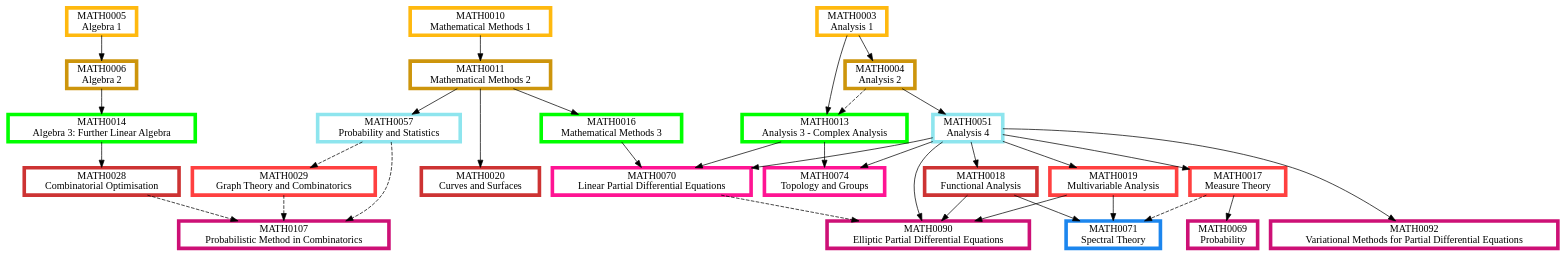
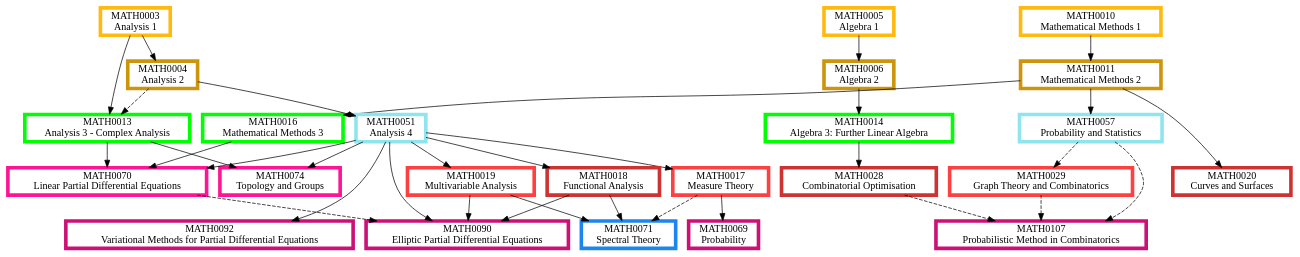
The diagram in Analysis.dot (matthew-towers/pathways), drawn with Graphviz before and after one commit. The commit also changed other lines of this file and 11 other files, not shown here.

```diff
--- a/Analysis.dot
+++ b/Analysis.dot
@@ -1,110 +1,110 @@
 digraph {
 	node [fillcolor=white penwidth=5 shape=box style="filled,bold"]
 	subgraph "1.0 1" {
 		rank=same
+		MATH0003 [label="MATH0003
+Analysis 1" color=darkgoldenrod1 href="https://www.ucl.ac.uk/mathematical-physical-sciences/sites/mathematical_physical_sciences/files/math0003.pdf" tooltip="Year 1, term 1"]
 		MATH0010 [label="MATH0010
 Mathematical Methods 1" color=darkgoldenrod1 href="https://www.ucl.ac.uk/mathematical-physical-sciences/sites/mathematical_physical_sciences/files/math0010.pdf" tooltip="Year 1, term 1"]
-		MATH0003 [label="MATH0003
-Analysis 1" color=darkgoldenrod1 href="https://www.ucl.ac.uk/mathematical-physical-sciences/sites/mathematical_physical_sciences/files/math0003.pdf" tooltip="Year 1, term 1"]
 		MATH0005 [label="MATH0005
 Algebra 1" color=darkgoldenrod1 href="https://www.ucl.ac.uk/mathematical-physical-sciences/sites/mathematical_physical_sciences/files/math0005.pdf" tooltip="Year 1, term 1"]
 	}
 	MATH0010 -> MATH0011 [tooltip="required prerequisite"]
+	MATH0005 -> MATH0006 [tooltip="required prerequisite"]
 	MATH0003 -> MATH0004 [tooltip="required prerequisite"]
-	MATH0005 -> MATH0006 [tooltip="required prerequisite"]
 	subgraph "1.0 2" {
 		rank=same
 		MATH0011 [label="MATH0011
 Mathematical Methods 2" color=darkgoldenrod3 href="https://www.ucl.ac.uk/mathematical-physical-sciences/sites/mathematical_physical_sciences/files/math0011_2.pdf" tooltip="Year 1, term 2"]
+		MATH0006 [label="MATH0006
+Algebra 2" color=darkgoldenrod3 href="https://www.ucl.ac.uk/mathematical-physical-sciences/sites/mathematical_physical_sciences/files/math0006.pdf" tooltip="Year 1, term 2"]
 		MATH0004 [label="MATH0004
 Analysis 2" color=darkgoldenrod3 href="https://www.ucl.ac.uk/mathematical-physical-sciences/sites/mathematical_physical_sciences/files/math0004.pdf" tooltip="Year 1, term 2"]
-		MATH0006 [label="MATH0006
-Algebra 2" color=darkgoldenrod3 href="https://www.ucl.ac.uk/mathematical-physical-sciences/sites/mathematical_physical_sciences/files/math0006.pdf" tooltip="Year 1, term 2"]
 	}
 	MATH0003 -> MATH0013 [tooltip="required prerequisite"]
 	MATH0004 -> MATH0013 [style=dashed tooltip="recommended prerequisite"]
+	MATH0006 -> MATH0014 [tooltip="required prerequisite"]
 	MATH0011 -> MATH0016 [tooltip="required prerequisite"]
-	MATH0006 -> MATH0014 [tooltip="required prerequisite"]
 	subgraph "2.0 1" {
 		rank=same
 		MATH0013 [label="MATH0013
 Analysis 3 - Complex Analysis" color=green1 href="https://www.ucl.ac.uk/mathematical-physical-sciences/sites/mathematical_physical_sciences/files/math0013.pdf" tooltip="Year 2, term 1"]
+		MATH0014 [label="MATH0014
+Algebra 3: Further Linear Algebra" color=green1 href="https://www.ucl.ac.uk/mathematical-physical-sciences/sites/mathematical_physical_sciences/files/math0014.pdf" tooltip="Year 2, term 1"]
 		MATH0016 [label="MATH0016
 Mathematical Methods 3" color=green1 href="https://www.ucl.ac.uk/mathematical-physical-sciences/sites/mathematical_physical_sciences/files/math0016.pdf" tooltip="Year 2, term 1"]
-		MATH0014 [label="MATH0014
-Algebra 3: Further Linear Algebra" color=green1 href="https://www.ucl.ac.uk/mathematical-physical-sciences/sites/mathematical_physical_sciences/files/math0014.pdf" tooltip="Year 2, term 1"]
 	}
+	MATH0004 -> MATH0051 [tooltip="required prerequisite"]
 	MATH0011 -> MATH0057 [tooltip="required prerequisite"]
-	MATH0004 -> MATH0051 [tooltip="required prerequisite"]
 	subgraph "2.5 2" {
 		rank=same
+		MATH0051 [label="MATH0051
+Analysis 4" color=cadetblue2 href="https://www.ucl.ac.uk/mathematical-physical-sciences/sites/mathematical_physical_sciences/files/math0051.pdf" tooltip="Year 2 or 3, term 2"]
 		MATH0057 [label="MATH0057
 Probability and Statistics" color=cadetblue2 href="https://www.ucl.ac.uk/mathematical-physical-sciences/sites/mathematical_physical_sciences/files/math0057.pdf" tooltip="Year 2 or 3, term 2"]
-		MATH0051 [label="MATH0051
-Analysis 4" color=cadetblue2 href="https://www.ucl.ac.uk/mathematical-physical-sciences/sites/mathematical_physical_sciences/files/math0051.pdf" tooltip="Year 2 or 3, term 2"]
 	}
+	MATH0051 -> MATH0017 [tooltip="required prerequisite"]
 	MATH0051 -> MATH0019 [tooltip="required prerequisite"]
 	MATH0057 -> MATH0029 [style=dashed tooltip="recommended prerequisite"]
-	MATH0051 -> MATH0017 [tooltip="required prerequisite"]
 	subgraph "3.0 1" {
 		rank=same
+		MATH0017 [label="MATH0017
+Measure Theory" color=brown1 href="https://www.ucl.ac.uk/mathematical-physical-sciences/sites/mathematical_physical_sciences/files/math0017.pdf" tooltip="Year 3, term 1"]
 		MATH0019 [label="MATH0019
 Multivariable Analysis" color=brown1 href="https://www.ucl.ac.uk/mathematical-physical-sciences/sites/mathematical_physical_sciences/files/math0019.pdf" tooltip="Year 3, term 1"]
 		MATH0029 [label="MATH0029
 Graph Theory and Combinatorics" color=brown1 href="https://www.ucl.ac.uk/mathematical-physical-sciences/sites/mathematical_physical_sciences/files/math0029.pdf" tooltip="Year 3, term 1"]
-		MATH0017 [label="MATH0017
-Measure Theory" color=brown1 href="https://www.ucl.ac.uk/mathematical-physical-sciences/sites/mathematical_physical_sciences/files/math0017.pdf" tooltip="Year 3, term 1"]
 	}
+	MATH0051 -> MATH0018 [tooltip="required prerequisite"]
 	MATH0011 -> MATH0020 [tooltip="required prerequisite"]
 	MATH0014 -> MATH0028 [tooltip="required prerequisite"]
-	MATH0051 -> MATH0018 [tooltip="required prerequisite"]
 	subgraph "3.0 2" {
 		rank=same
+		MATH0018 [label="MATH0018
+Functional Analysis" color=brown3 href="https://www.ucl.ac.uk/mathematical-physical-sciences/sites/mathematical_physical_sciences/files/math0018.pdf" tooltip="Year 3, term 2"]
 		MATH0020 [label="MATH0020
 Curves and Surfaces" color=brown3 href="https://www.ucl.ac.uk/mathematical-physical-sciences/sites/mathematical_physical_sciences/files/math0020.pdf" tooltip="Year 3, term 2"]
 		MATH0028 [label="MATH0028
 Combinatorial Optimisation" color=brown3 href="https://www.ucl.ac.uk/mathematical-physical-sciences/sites/mathematical_physical_sciences/files/math0028.pdf" tooltip="Year 3, term 2"]
-		MATH0018 [label="MATH0018
-Functional Analysis" color=brown3 href="https://www.ucl.ac.uk/mathematical-physical-sciences/sites/mathematical_physical_sciences/files/math0018.pdf" tooltip="Year 3, term 2"]
 	}
+	MATH0013 -> MATH0074 [tooltip="required prerequisite"]
+	MATH0051 -> MATH0074 [tooltip="required prerequisite"]
 	MATH0013 -> MATH0070 [tooltip="required prerequisite"]
 	MATH0016 -> MATH0070 [tooltip="required prerequisite"]
 	MATH0051 -> MATH0070 [tooltip="required prerequisite"]
-	MATH0013 -> MATH0074 [tooltip="required prerequisite"]
-	MATH0051 -> MATH0074 [tooltip="required prerequisite"]
 	subgraph "3.5 1" {
 		rank=same
+		MATH0074 [label="MATH0074
+Topology and Groups" color=deeppink1 href="https://www.ucl.ac.uk/mathematical-physical-sciences/sites/mathematical_physical_sciences/files/math0074.pdf" tooltip="Year 3 or 4, term 1"]
 		MATH0070 [label="MATH0070
 Linear Partial Differential Equations" color=deeppink1 href="https://www.ucl.ac.uk/mathematical-physical-sciences/sites/mathematical_physical_sciences/files/math0070.pdf" tooltip="Year 3 or 4, term 1"]
-		MATH0074 [label="MATH0074
-Topology and Groups" color=deeppink1 href="https://www.ucl.ac.uk/mathematical-physical-sciences/sites/mathematical_physical_sciences/files/math0074.pdf" tooltip="Year 3 or 4, term 1"]
 	}
 	MATH0017 -> MATH0069 [tooltip="required prerequisite"]
 	MATH0070 -> MATH0090 [style=dashed tooltip="recommended prerequisite"]
 	MATH0051 -> MATH0090 [tooltip="required prerequisite"]
 	MATH0018 -> MATH0090 [tooltip="required prerequisite"]
 	MATH0019 -> MATH0090 [tooltip="required prerequisite"]
-	MATH0051 -> MATH0092 [tooltip="required prerequisite"]
 	MATH0029 -> MATH0107 [style=dashed tooltip="recommended prerequisite"]
 	MATH0028 -> MATH0107 [style=dashed tooltip="recommended prerequisite"]
 	MATH0057 -> MATH0107 [style=dashed tooltip="recommended prerequisite"]
+	MATH0051 -> MATH0092 [tooltip="required prerequisite"]
 	subgraph "3.5 2" {
 		rank=same
 		MATH0069 [label="MATH0069
 Probability" color=deeppink3 href="https://www.ucl.ac.uk/mathematical-physical-sciences/sites/mathematical_physical_sciences/files/math0069.pdf" tooltip="Year 3 or 4, term 2"]
 		MATH0090 [label="MATH0090
 Elliptic Partial Differential Equations" color=deeppink3 href="https://www.ucl.ac.uk/mathematical-physical-sciences/sites/mathematical_physical_sciences/files/math0090.pdf" tooltip="Year 3 or 4, term 2"]
+		MATH0107 [label="MATH0107
+Probabilistic Method in Combinatorics" color=deeppink3 href="https://www.ucl.ac.uk/mathematical-physical-sciences/sites/mathematical_physical_sciences/files/math0107_1.pdf" tooltip="Year 3 or 4, term 2"]
 		MATH0092 [label="MATH0092
 Variational Methods for Partial Differential Equations" color=deeppink3 href="https://www.ucl.ac.uk/mathematical-physical-sciences/sites/mathematical_physical_sciences/files/math0092.pdf" tooltip="Year 3 or 4, term 2"]
-		MATH0107 [label="MATH0107
-Probabilistic Method in Combinatorics" color=deeppink3 href="https://www.ucl.ac.uk/mathematical-physical-sciences/sites/mathematical_physical_sciences/files/math0107_1.pdf" tooltip="Year 3 or 4, term 2"]
 	}
 	MATH0018 -> MATH0071 [tooltip="required prerequisite"]
 	MATH0019 -> MATH0071 [tooltip="required prerequisite"]
 	MATH0017 -> MATH0071 [style=dashed tooltip="recommended prerequisite"]
 	subgraph "4.0 1" {
 		rank=same
 		MATH0071 [label="MATH0071
 Spectral Theory" color=dodgerblue2 href="https://www.ucl.ac.uk/mathematical-physical-sciences/sites/mathematical_physical_sciences/files/math0071.pdf" tooltip="Year 4, term 1"]
 	}
 }
```
